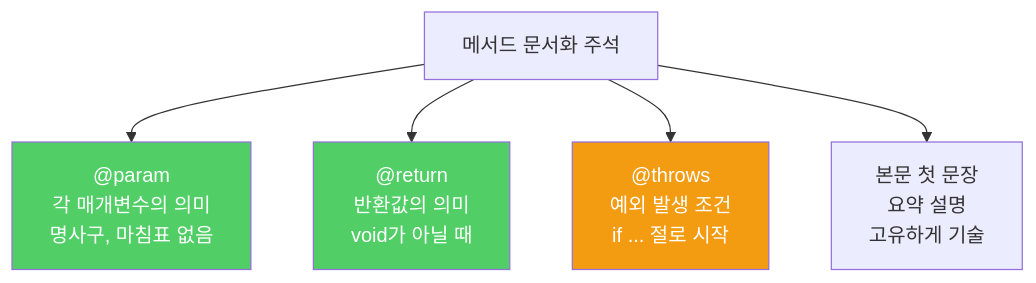
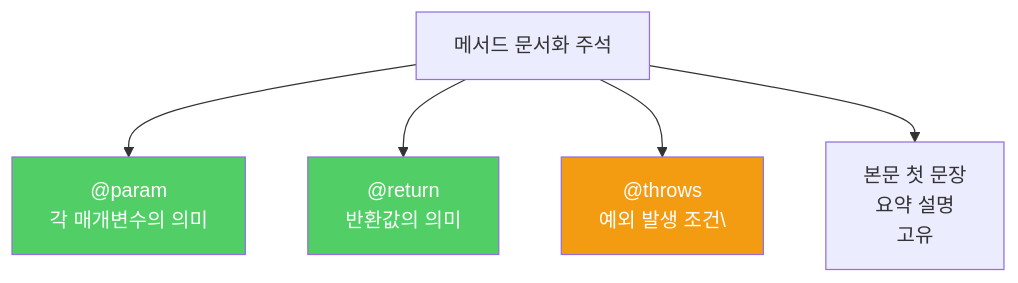
The first of 2 diagrams in _posts/java/2022-02-08-effective-java56.md (yjkim2015/yjkim2015.github.io), drawn with Mermaid before and after one commit. The commit also changed other lines of this file and 271 other files, not shown here.

First line of the commit message:
Mermaid 라벨 축소: 긴 노드 텍스트 18자 이하로 트림 + \n 제거

````diff
--- a/_posts/java/2022-02-08-effective-java56.md
+++ b/_posts/java/2022-02-08-effective-java56.md
@@ -47,10 +47,10 @@
 ```mermaid
 graph TD
-    A["메서드 문서화 주석"] --> B["@param\n각 매개변수의 의미\n명사구, 마침표 없음"]
-    A --> C["@return\n반환값의 의미\nvoid가 아닐 때"]
-    A --> D["@throws\n예외 발생 조건\nif ... 절로 시작"]
-    A --> E["본문 첫 문장\n요약 설명\n고유하게 기술"]
+    A["메서드 문서화 주석"] --> B["@param\n각 매개변수의 의미"]
+    A --> C["@return\n반환값의 의미\n"]
+    A --> D["@throws\n예외 발생 조건\"]
+    A --> E["본문 첫 문장\n요약 설명\n고유"]
     style B fill:#51cf66,color:#fff
     style C fill:#51cf66,color:#fff
     style D fill:#f39c12,color:#fff
 ```
````
